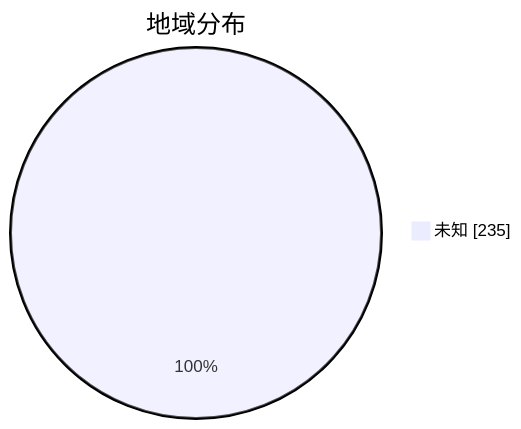
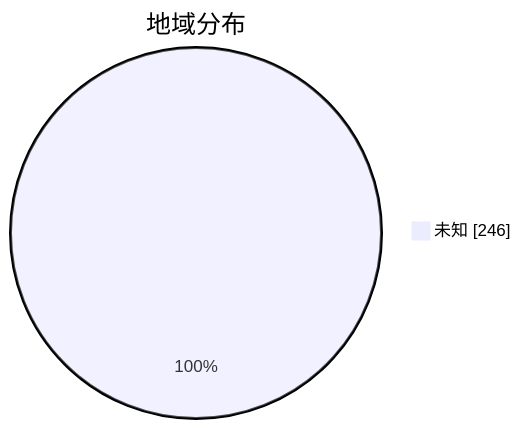
The second of 3 diagrams in subs/statistics/tested_within.md (qjlxg/airport), drawn with Mermaid before and after one commit. The commit also changed other lines of this file and 2 other files, not shown here.

````diff
--- a/subs/statistics/tested_within.md
+++ b/subs/statistics/tested_within.md
@@ -13,5 +12,5 @@
 ```mermaid
 pie showData
 title 地域分布
-"未知" : 235
+"未知" : 246
 ```
````
